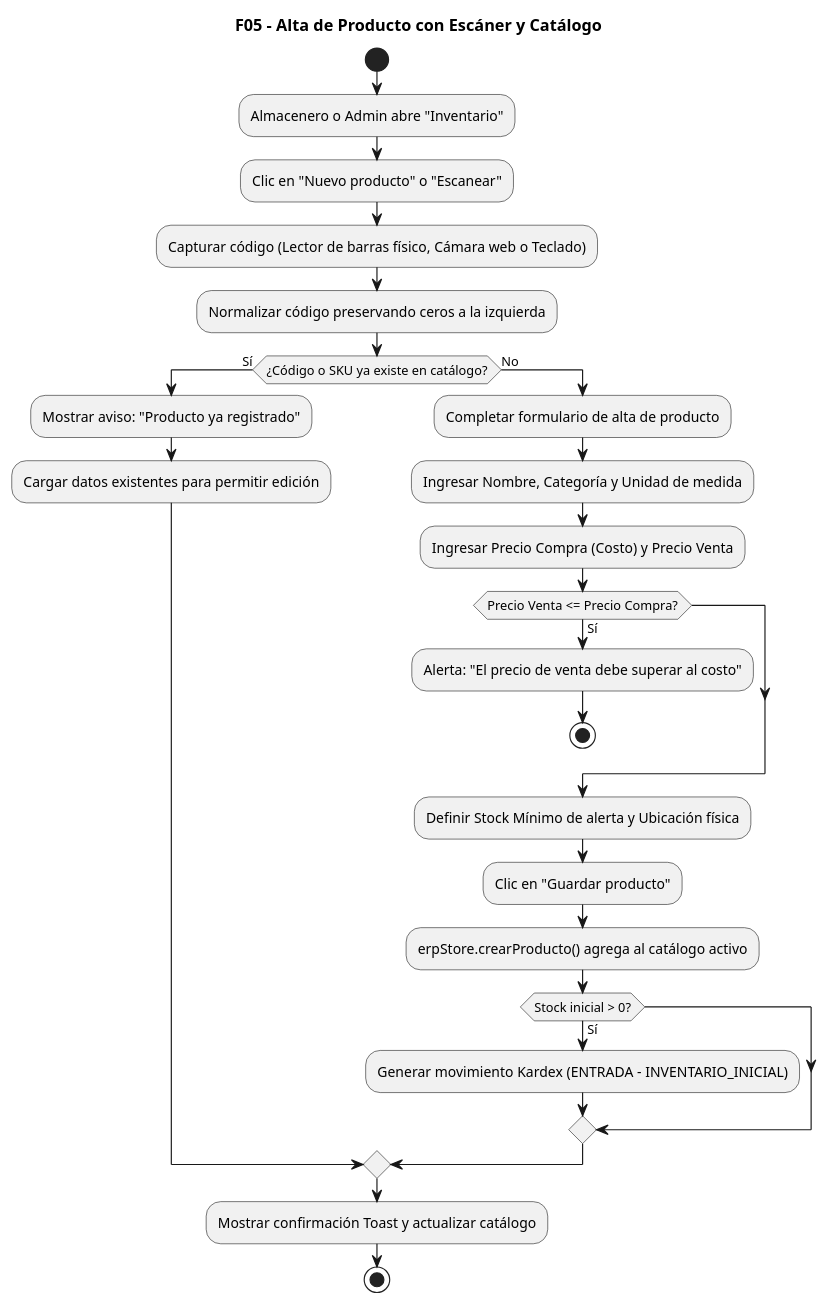
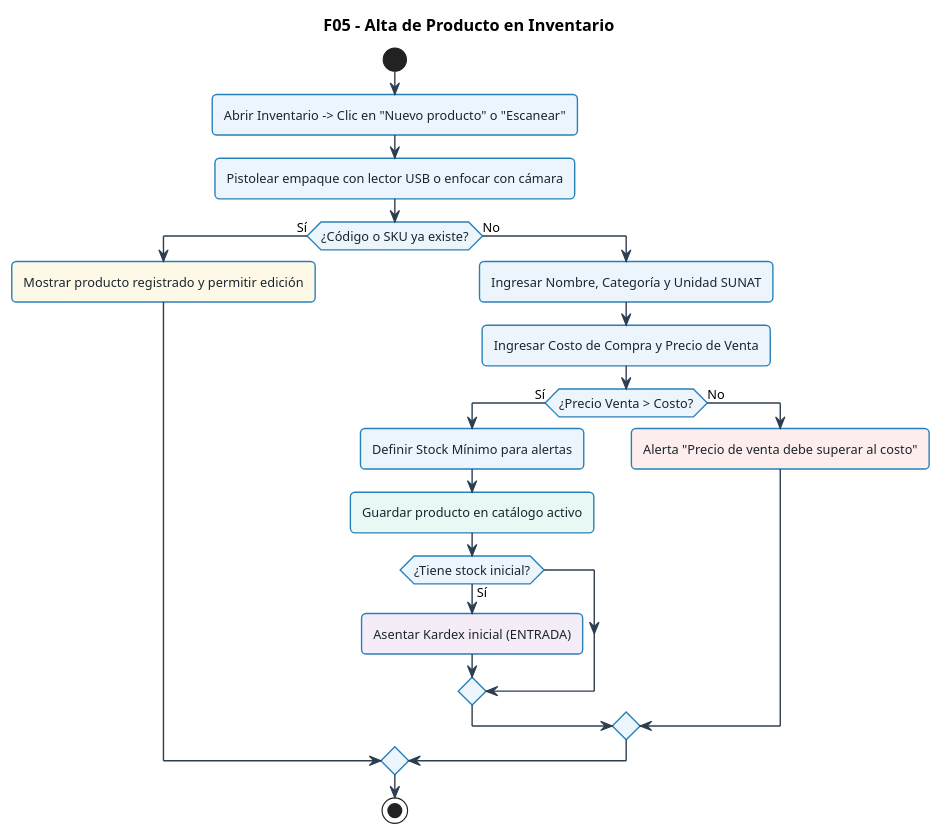
One commit to xmenil/ERP-KIPUS changed the fifth of 11 diagrams in docs/UML-flujos/flujos-consolidados-kipu.md. Above: the diagram before and after it, drawn with PlantUML. The commit also changed other lines of this file and 23 other files, not shown here.

Commit message:
docs(uml): simplificar flujos con estilo Bizagi BPMN coloreado y regenerar imagenes PNG

````diff
--- a/docs/UML-flujos/flujos-consolidados-kipu.md
+++ b/docs/UML-flujos/flujos-consolidados-kipu.md
@@ -340,38 +306,52 @@
 ```plantuml
 @startuml
-skinparam monochrome true
+skinparam defaultFontName "Segoe UI", Arial, sans-serif
+skinparam defaultFontSize 11
+skinparam roundCorner 8
 skinparam shadowing false
+skinparam ArrowColor #2C3E50
+skinparam ArrowThickness 1.2
 
-title F05 - Alta de Producto con Escáner y Catálogo
+skinparam activity {
+  BackgroundColor #EBF5FB
+  BorderColor #2980B9
+  BorderThickness 1.2
+  FontColor #1A252F
+}
+skinparam decision {
+  BackgroundColor #FEF9E7
+  BorderColor #F39C12
+  BorderThickness 1.2
+  FontColor #7D6608
+}
+skinparam start {
+  Color #27AE60
+}
+skinparam stop {
+  Color #C0392B
+}
+
+title F05 - Alta de Producto en Inventario
 
 start
-:Almacenero o Admin abre "Inventario";
-:Clic en "Nuevo producto" o "Escanear";
-:Capturar código (Lector de barras físico, Cámara web o Teclado);
-:Normalizar código preservando ceros a la izquierda;
+:Abrir Inventario -> Clic en "Nuevo producto" o "Escanear";
+:Pistolear empaque con lector USB o enfocar con cámara;
 
-if (¿Código o SKU ya existe en catálogo?) then (Sí)
-  :Mostrar aviso: "Producto ya registrado";
-  :Cargar datos existentes para permitir edición;
+if (¿Código o SKU ya existe?) then (Sí)
+  #FEF9E7:Mostrar producto registrado y permitir edición;
 else (No)
-  :Completar formulario de alta de producto;
-  :Ingresar Nombre, Categoría y Unidad de medida;
-  :Ingresar Precio Compra (Costo) y Precio Venta;
-  
-  if (Precio Venta <= Precio Compra?) then (Sí)
-    :Alerta: "El precio de venta debe superar al costo";
-    stop
-  endif
-  
-  :Definir Stock Mínimo de alerta y Ubicación física;
-  :Clic en "Guardar producto";
-  :erpStore.crearProducto() agrega al catálogo activo;
-  
-  if (Stock inicial > 0?) then (Sí)
-    :Generar movimiento Kardex (ENTRADA - INVENTARIO_INICIAL);
+  :Ingresar Nombre, Categoría y Unidad SUNAT;
+  :Ingresar Costo de Compra y Precio de Venta;
+  if (¿Precio Venta > Costo?) then (Sí)
+    :Definir Stock Mínimo para alertas;
+    #E8F8F5:Guardar producto en catálogo activo;
+    if (¿Tiene stock inicial?) then (Sí)
+      #F4ECF7:Asentar Kardex inicial (ENTRADA);
+    endif
+  else (No)
+    #FDEDEC:Alerta "Precio de venta debe superar al costo";
   endif
 endif
-:Mostrar confirmación Toast y actualizar catálogo;
 stop
 @enduml
 ```
````
